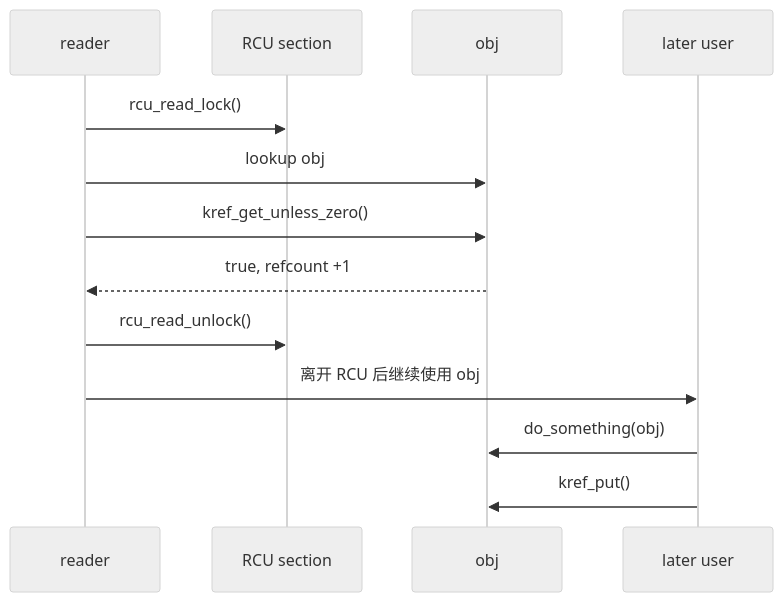
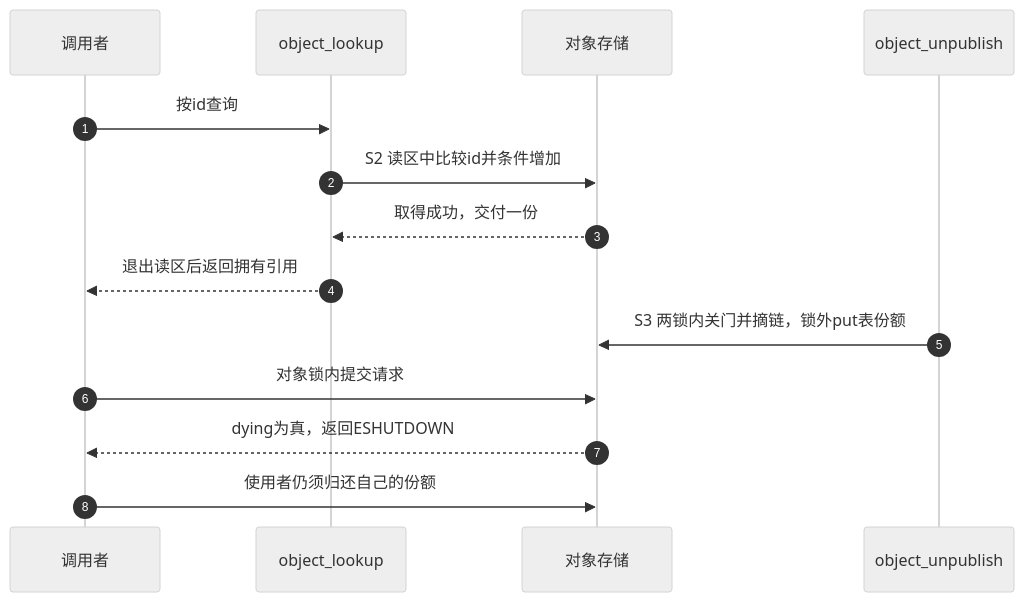
One commit to FormingSystem/linux_note changed the third of 6 diagrams in knowledge/linux/object_lifetime/kref/P10_kref_与_RCU.md. Above: the diagram before and after it, drawn with Mermaid (neutral theme). The commit also changed other lines of this file and 17 other files, not shown here.

First line of the commit message:
content(knowledge/kref): 落实 RCU 查找模块与回调退出责任

````diff
--- a/knowledge/linux/object_lifetime/kref/P10_kref_与_RCU.md
+++ b/knowledge/linux/object_lifetime/kref/P10_kref_与_RCU.md
@@ -419,17 +504,16 @@
 ```mermaid
 sequenceDiagram
-    participant Reader as reader
-    participant RCU as RCU section
-    participant Obj as obj
-    participant Later as later user
-
-    Reader->>RCU: rcu_read_lock()
-    Reader->>Obj: lookup obj
-    Reader->>Obj: kref_get_unless_zero()
-    Obj-->>Reader: true, refcount +1
-    Reader->>RCU: rcu_read_unlock()
-
-    Reader->>Later: 离开 RCU 后继续使用 obj
-    Later->>Obj: do_something(obj)
-    Later->>Obj: kref_put()
+    autonumber
+    participant R as 调用者
+    participant L as object_lookup
+    participant O as 对象存储
+    participant U as object_unpublish
+    R->>L: 按id查询
+    L->>O: S2 读区中比较id并条件增加
+    O-->>L: 取得成功，交付一份
+    L-->>R: 退出读区后返回拥有引用
+    U->>O: S3 两锁内关门并摘链，锁外put表份额
+    R->>O: 对象锁内提交请求
+    O-->>R: dying为真，返回ESHUTDOWN
+    R->>O: 使用者仍须归还自己的份额
 ```
````
